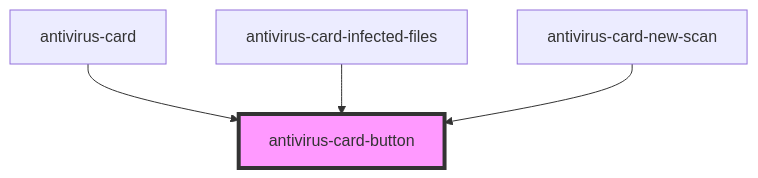
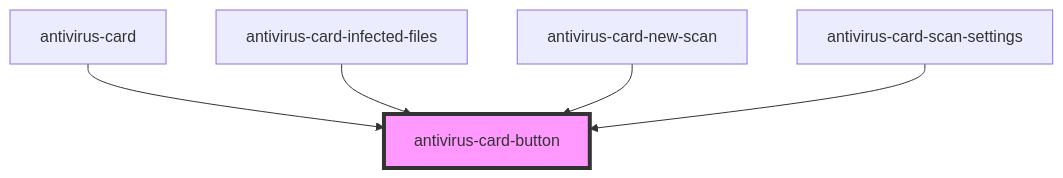
One commit to ispsystem/plugin-imunify changed the diagram in client/packages/antivirus-card/src/components/button/readme.md. Above: the diagram before and after it, drawn with Mermaid. The commit also changed other lines of this file and 21 other files, not shown here.

Commit message:
wip(antivirus-card): 🚧 actions dont work :-(

````diff
--- a/client/packages/antivirus-card/src/components/button/readme.md
+++ b/client/packages/antivirus-card/src/components/button/readme.md
@@ -27,7 +28,8 @@
 ```mermaid
 graph TD;
   antivirus-card --> antivirus-card-button
   antivirus-card-infected-files --> antivirus-card-button
   antivirus-card-new-scan --> antivirus-card-button
+  antivirus-card-scan-settings --> antivirus-card-button
   style antivirus-card-button fill:#f9f,stroke:#333,stroke-width:4px
 ```
````
